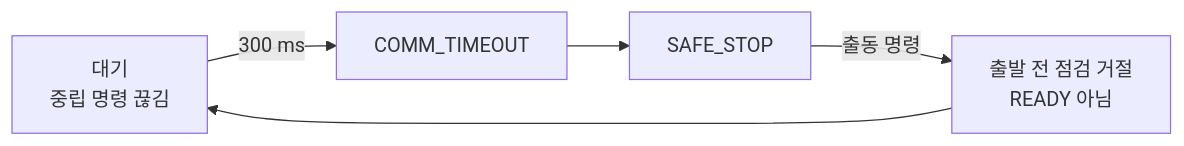
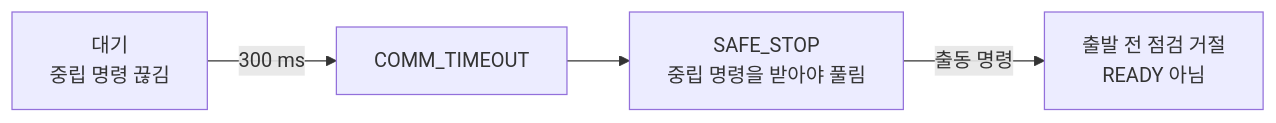
Before and after one commit to handongin1500/handongin1500: the third of 4 diagrams in README.md, drawn with Mermaid. The commit also changed other lines of this file and 1 other file, not shown here.

````diff
--- a/README.md
+++ b/README.md
@@ -446,7 +446,6 @@
 ```mermaid
 flowchart LR
   A["대기<br/>중립 명령 끊김"] -->|"300 ms"| B["COMM_TIMEOUT"]
-  B --> C["SAFE_STOP"]
+  B --> C["SAFE_STOP<br/>중립 명령을 받아야 풀림"]
   C -->|"출동 명령"| D["출발 전 점검 거절<br/>READY 아님"]
-  D --> A
 ```
````
